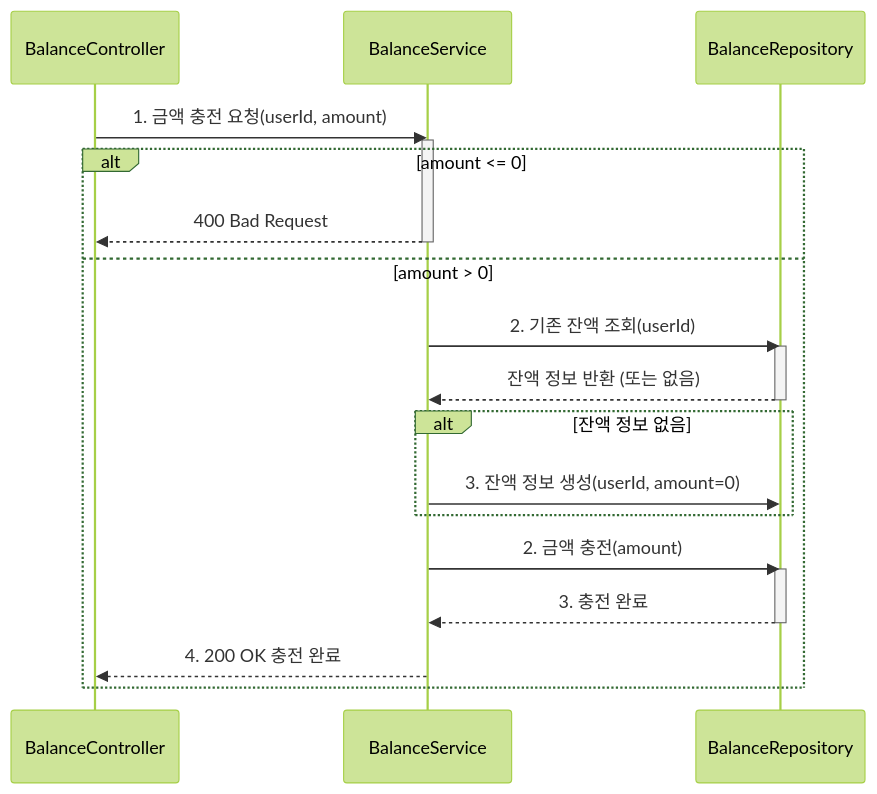
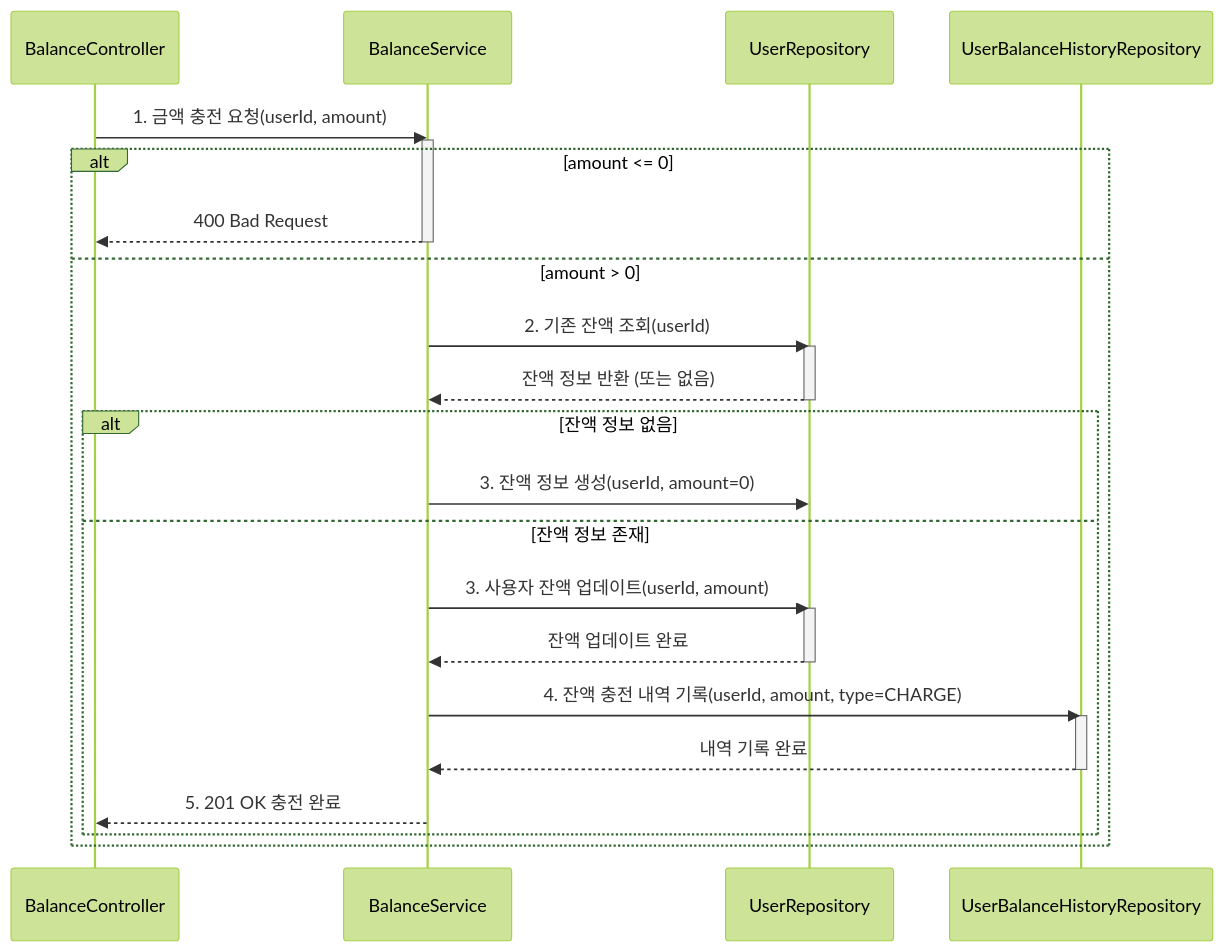
Before and after one commit to ssunnykku/e-commerce: the diagram in docs/sequence/charge_balance.md, drawn with Mermaid (forest theme). The commit also changed 1 other file, not shown here.

Commit message:
chore: 시퀀스 다이어그램 수정 및 등록 (잔액 충전, 잔액 조회)

````diff
--- a/docs/sequence/charge_balance.md
+++ b/docs/sequence/charge_balance.md
@@ -2,34 +2,41 @@
 ```mermaid
 sequenceDiagram
     participant BalanceController
     participant BalanceService
-    participant BalanceRepository
+    participant UserRepository
+    participant UserBalanceHistoryRepository
+
 
     BalanceController->>BalanceService: 1. 금액 충전 요청(userId, amount)
   activate BalanceService
     
-       alt amount <= 0
+   alt amount <= 0
         BalanceService-->>BalanceController: 400 Bad Request
         deactivate BalanceService
    else amount > 0
-        BalanceService->>BalanceRepository: 2. 기존 잔액 조회(userId)
-        activate BalanceRepository
-				BalanceRepository-->>BalanceService: 잔액 정보 반환 (또는 없음)
-				deactivate BalanceRepository
+        BalanceService->>UserRepository: 2. 기존 잔액 조회(userId)
+        activate UserRepository
+				UserRepository-->>BalanceService: 잔액 정보 반환 (또는 없음)
+				deactivate UserRepository
 				
         alt 잔액 정보 없음
-            BalanceService->>BalanceRepository: 3. 잔액 정보 생성(userId, amount=0)
+            BalanceService->>UserRepository: 3. 잔액 정보 생성(userId, amount=0)
+        
+         else 잔액 정보 존재
+                BalanceService->>UserRepository: 3. 사용자 잔액 업데이트(userId, amount)
+                activate UserRepository
+                UserRepository-->>BalanceService: 잔액 업데이트 완료
+                deactivate UserRepository
+                
+                BalanceService->>UserBalanceHistoryRepository: 4. 잔액 충전 내역 기록(userId, amount, type=CHARGE)
+                activate UserBalanceHistoryRepository
+                UserBalanceHistoryRepository-->>BalanceService: 내역 기록 완료
+                deactivate UserBalanceHistoryRepository
+                
+                BalanceService-->>BalanceController: 5. 201 OK 충전 완료
+        
         end
-	  
-    BalanceService->>BalanceRepository: 2. 금액 충전(amount)
-    activate BalanceRepository
-    BalanceRepository-->>BalanceService: 3. 충전 완료
-    deactivate BalanceRepository
-    
-    BalanceService-->>BalanceController: 4. 200 OK 충전 완료
      end
 
 
-
-
 ```
````
